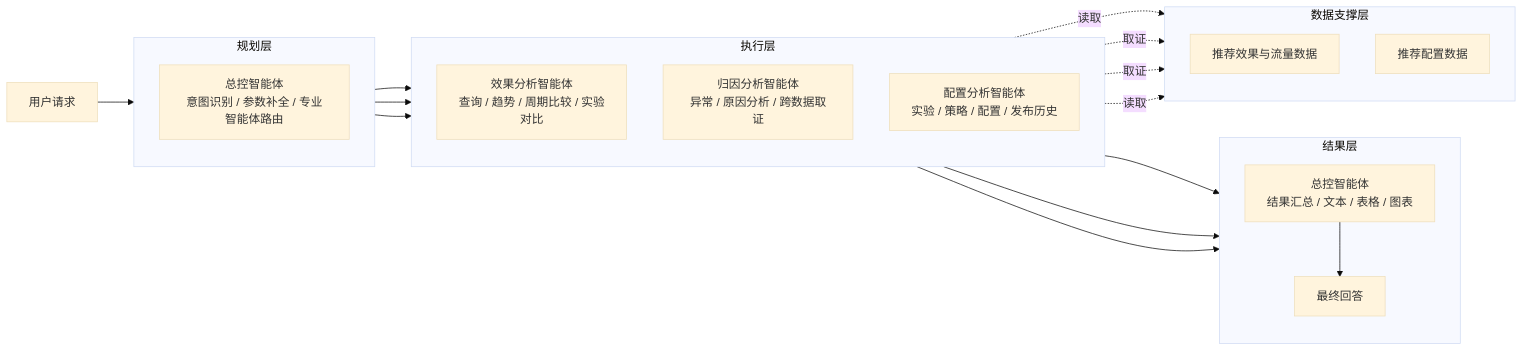
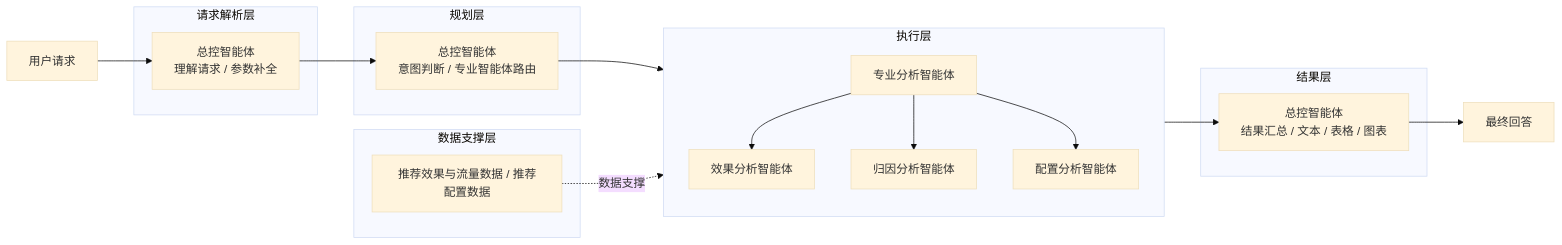
One commit to sgfd-ui/internship changed the first of 2 diagrams in weekly-report/agent-comparison.md. Above: the diagram before and after it, drawn with Mermaid (base theme). The commit also changed other lines of this file, not shown here.

Commit message:
docs: simplify architecture comparison and business rationale

````diff
--- a/weekly-report/agent-comparison.md
+++ b/weekly-report/agent-comparison.md
@@ -22,43 +22,34 @@
 ```mermaid
 flowchart LR
     U[用户请求]
 
+    subgraph Q[请求解析层]
+        Q1[总控智能体<br/>理解请求 / 参数补全]
+    end
+
     subgraph P[规划层]
-        direction TB
-        S[总控智能体<br/>意图识别 / 参数补全 / 专业智能体路由]
+        P1[总控智能体<br/>意图判断 / 专业智能体路由]
     end
 
     subgraph E[执行层]
         direction TB
-        E1[效果分析智能体<br/>查询 / 趋势 / 周期比较 / 实验对比]
-        E2[归因分析智能体<br/>异常 / 原因分析 / 跨数据取证]
-        E3[配置分析智能体<br/>实验 / 策略 / 配置 / 发布历史]
+        E0[专业分析智能体]
+        E1[效果分析智能体]
+        E2[归因分析智能体]
+        E3[配置分析智能体]
+        E0 --> E1
+        E0 --> E2
+        E0 --> E3
     end
 
     subgraph R[结果层]
-        direction TB
-        O[总控智能体<br/>结果汇总 / 文本 / 表格 / 图表]
-        F[最终回答]
+        R1[总控智能体<br/>结果汇总 / 文本 / 表格 / 图表]
     end
 
     subgraph D[数据支撑层]
-        direction TB
-        D1[推荐效果与流量数据]
-        D2[推荐配置数据]
+        D1[推荐效果与流量数据 / 推荐配置数据]
     end
 
-    U --> S
-    S --> E1
-    S --> E2
-    S --> E3
-
-    E1 --> O
-    E2 --> O
-    E3 --> O
-    O --> F
-
-    E1 -.读取.-> D1
-    E2 -.取证.-> D1
-    E2 -.取证.-> D2
-    E3 -.读取.-> D2
+    U --> Q1 --> P1 --> E0 --> R1 --> F[最终回答]
+    D1 -.数据支撑.-> E0
 ```
````
